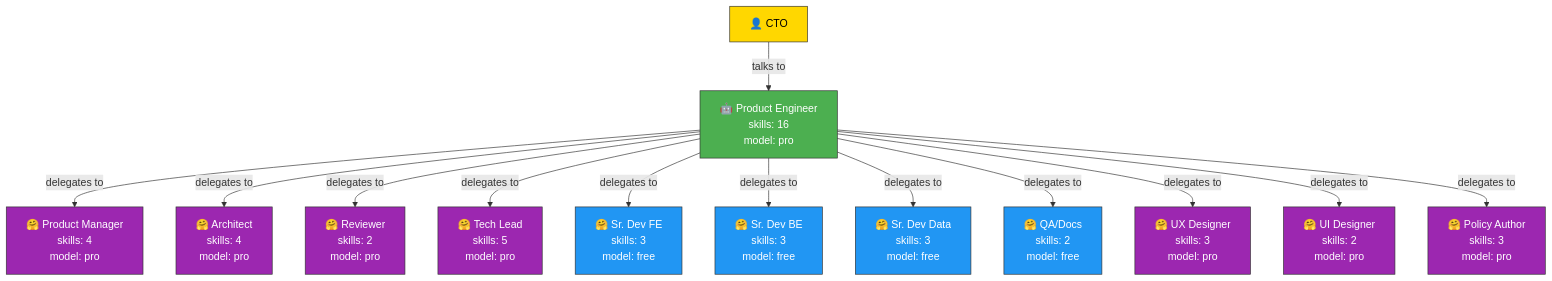
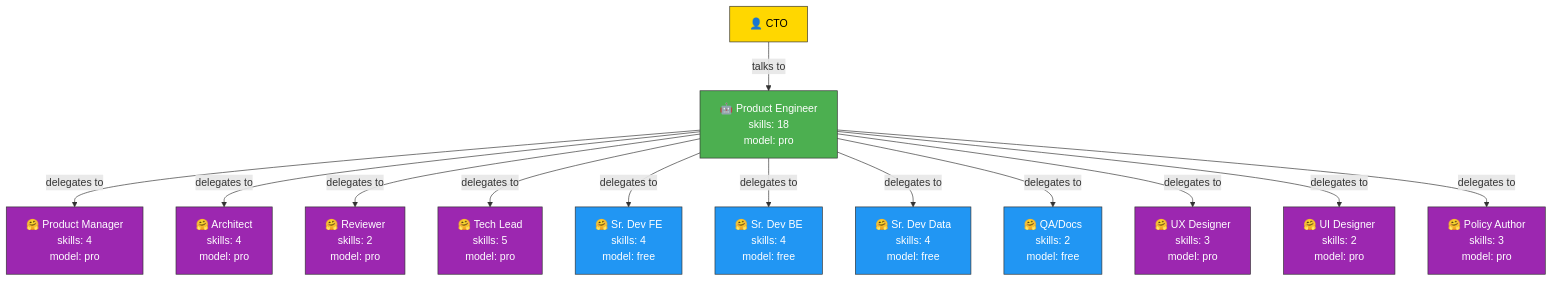
The first of 3 diagrams in .mill/docs/ORG-CHART.md (antonygiomarxdev/mill), drawn with Mermaid before and after one commit. The commit also changed other lines of this file and 2 other files, not shown here.

Commit message:
docs(sweep): correct stale facts in ORG-CHART, conventions, wayfinder map
ORG-CHART: fix role skill counts (PE 18, Sr Devs 4) and the stale 7-step-verification label. Conventions README: drop the Structure section listing code/git/docs directories that do not exist. Wayfinder MAP: drop the Go runner, ledger, checkpoint and Staff claims, all deleted by ADR 0006 / the scaffold purge.

````diff
--- a/.mill/docs/ORG-CHART.md
+++ b/.mill/docs/ORG-CHART.md
@@ -5,28 +5,28 @@
 ```mermaid
 graph TD
     CTO[👤 CTO]
 
-    CTO -->|talks to| PE[🤖 Product Engineer<br/>skills: 16<br/>model: pro]
+    CTO -->|talks to| PE[🤖 Product Engineer<br/>skills: 18<br/>model: pro]
 
     PE -->|delegates to| PM[🤗 Product Manager<br/>skills: 4<br/>model: pro]
     PE -->|delegates to| ARCH[🤗 Architect<br/>skills: 4<br/>model: pro]
     PE -->|delegates to| REV[🤗 Reviewer<br/>skills: 2<br/>model: pro]
     PE -->|delegates to| TL[🤗 Tech Lead<br/>skills: 5<br/>model: pro]
-    PE -->|delegates to| FE[🤗 Sr. Dev FE<br/>skills: 3<br/>model: free]
-    PE -->|delegates to| BE[🤗 Sr. Dev BE<br/>skills: 3<br/>model: free]
-    PE -->|delegates to| DATA[🤗 Sr. Dev Data<br/>skills: 3<br/>model: free]
+    PE -->|delegates to| FE[🤗 Sr. Dev FE<br/>skills: 4<br/>model: free]
+    PE -->|delegates to| BE[🤗 Sr. Dev BE<br/>skills: 4<br/>model: free]
+    PE -->|delegates to| DATA[🤗 Sr. Dev Data<br/>skills: 4<br/>model: free]
     PE -->|delegates to| QA[🤗 QA/Docs<br/>skills: 2<br/>model: free]
     PE -->|delegates to| UX[🤗 UX Designer<br/>skills: 3<br/>model: pro]
     PE -->|delegates to| UI[🤗 UI Designer<br/>skills: 2<br/>model: pro]
     PE -->|delegates to| PA[🤗 Policy Author<br/>skills: 3<br/>model: pro]
 
     classDef human fill:#FFD700,stroke:#333,color:#000
     classDef active fill:#4CAF50,stroke:#333,color:#fff
     classDef pro fill:#9C27B0,stroke:#333,color:#fff
     classDef free fill:#2196F3,stroke:#333,color:#fff
 
     class CTO human
     class PE,PM active
     class PM,ARCH,TL,REV,UX,UI,PA pro
     class FE,BE,DATA,QA free
 ```
````
